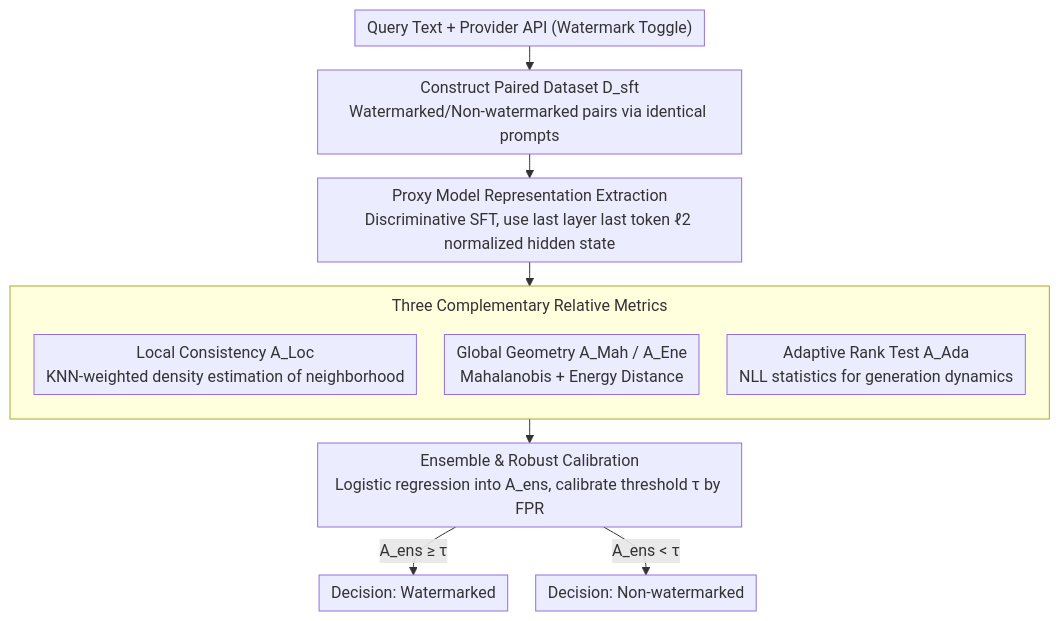
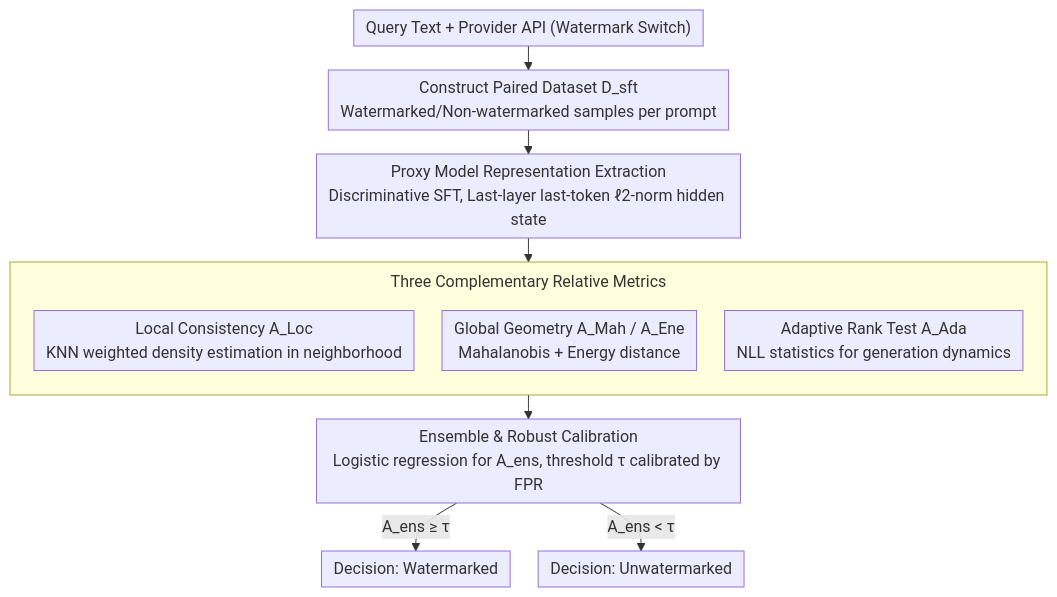
Before and after one commit to zhaoyang97/Paper-Notes-en: the diagram in docs/ACL2026/llm_safety/rethinking_llm_watermark_detection_in_black-box_settings_a_non-intrusive_third-p.md, drawn with Mermaid. The commit also changed other lines of this file and 5084 other files, not shown here.

````diff
--- a/docs/ACL2026/llm_safety/rethinking_llm_watermark_detection_in_black-box_settings_a_non-intrusive_third-p.md
+++ b/docs/ACL2026/llm_safety/rethinking_llm_watermark_detection_in_black-box_settings_a_non-intrusive_third-p.md
@@ -42,16 +42,16 @@
 ```mermaid
 %%{init: {'flowchart': {'rankSpacing': 24, 'nodeSpacing': 28, 'padding': 6, 'wrappingWidth': 400, 'subGraphTitleMargin': {'top': 8, 'bottom': 16}}}}%%
 flowchart TD
-    Q["Query Text + Provider API (Watermark Toggle)"] --> D["Construct Paired Dataset D_sft<br/>Watermarked/Non-watermarked pairs via identical prompts"]
-    D --> P["Proxy Model Representation Extraction<br/>Discriminative SFT, use last layer last token ℓ2 normalized hidden state"]
+    Q["Query Text + Provider API (Watermark Switch)"] --> D["Construct Paired Dataset D_sft<br/>Watermarked/Non-watermarked samples per prompt"]
+    D --> P["Proxy Model Representation Extraction<br/>Discriminative SFT, Last-layer last-token ℓ2-norm hidden state"]
     P --> M
     subgraph M["Three Complementary Relative Metrics"]
         direction TB
-        L["Local Consistency A_Loc<br/>KNN-weighted density estimation of neighborhood"]
-        G["Global Geometry A_Mah / A_Ene<br/>Mahalanobis + Energy Distance"]
+        L["Local Consistency A_Loc<br/>KNN weighted density estimation in neighborhood"]
+        G["Global Geometry A_Mah / A_Ene<br/>Mahalanobis + Energy distance"]
         R["Adaptive Rank Test A_Ada<br/>NLL statistics for generation dynamics"]
     end
-    M --> E["Ensemble & Robust Calibration<br/>Logistic regression into A_ens, calibrate threshold τ by FPR"]
+    M --> E["Ensemble & Robust Calibration<br/>Logistic regression for A_ens, threshold τ calibrated by FPR"]
     E -->|"A_ens ≥ τ"| W["Decision: Watermarked"]
-    E -->|"A_ens < τ"| N["Decision: Non-watermarked"]
+    E -->|"A_ens < τ"| N["Decision: Unwatermarked"]
 ```
````
